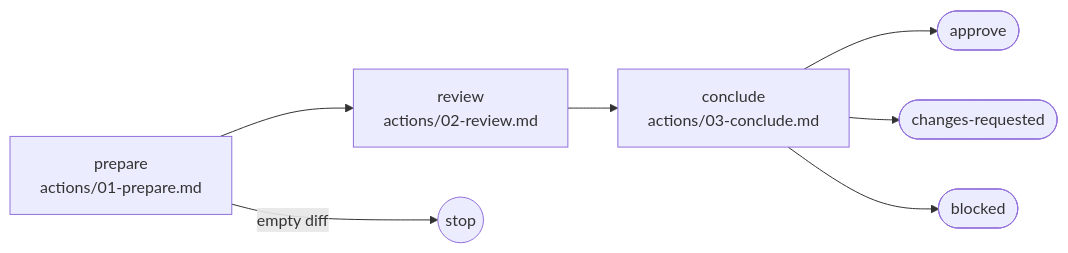
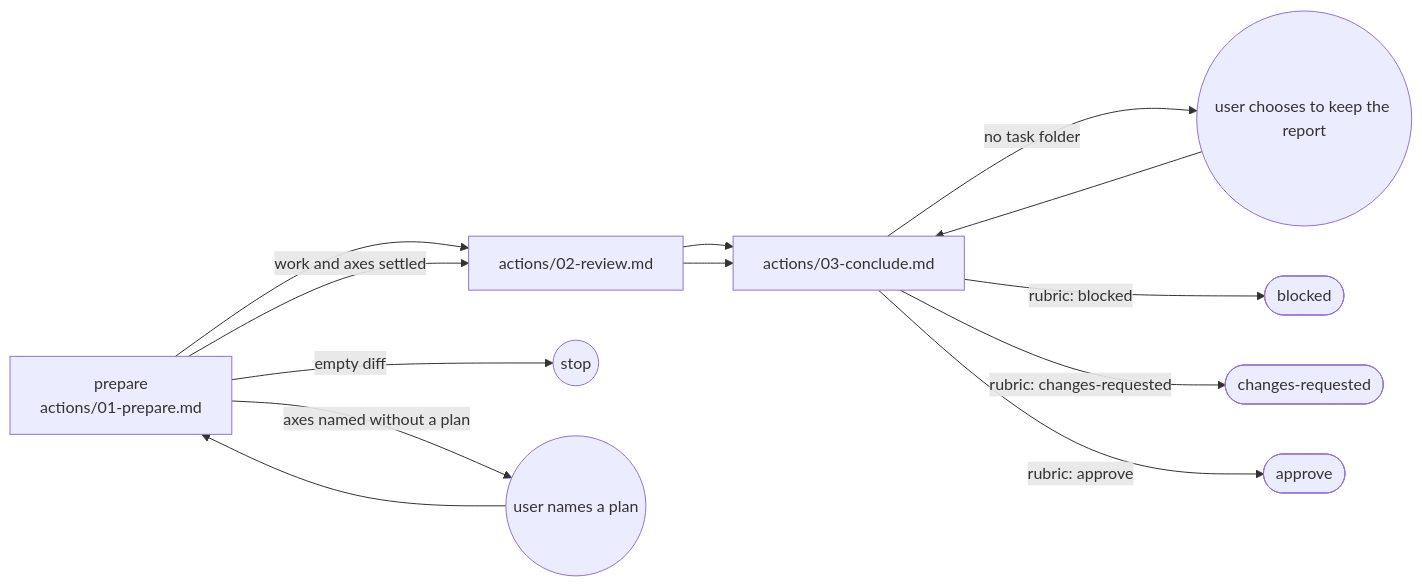
The diagram in plugins/aidd-dev/skills/05-review/SKILL.md (ai-driven-dev/framework), drawn with Mermaid before and after one commit. The commit also changed other lines of this file and 31 other files, not shown here.

````diff
--- a/plugins/aidd-dev/skills/05-review/SKILL.md
+++ b/plugins/aidd-dev/skills/05-review/SKILL.md
@@ -11,9 +11,13 @@
 ```mermaid
 flowchart LR
   prepare["prepare<br>actions/01-prepare.md"] --> review["review<br>actions/02-review.md"]
   review --> conclude["conclude<br>actions/03-conclude.md"]
   prepare -->|"empty diff"| stop((stop))
-  conclude --> approve([approve])
-  conclude --> changes([changes-requested])
-  conclude --> blocked([blocked])
+  prepare -->|"axes named without a plan"| axes((user names a plan)) --> prepare
+  prepare -->|"work and axes settled"| review["actions/02-review.md"]
+  review --> conclude["actions/03-conclude.md"]
+  conclude -->|"no task folder"| keep((user chooses to keep the report)) --> conclude
+  conclude -->|"rubric: blocked"| blocked([blocked])
+  conclude -->|"rubric: changes-requested"| changes([changes-requested])
+  conclude -->|"rubric: approve"| approve([approve])
 ```
````
